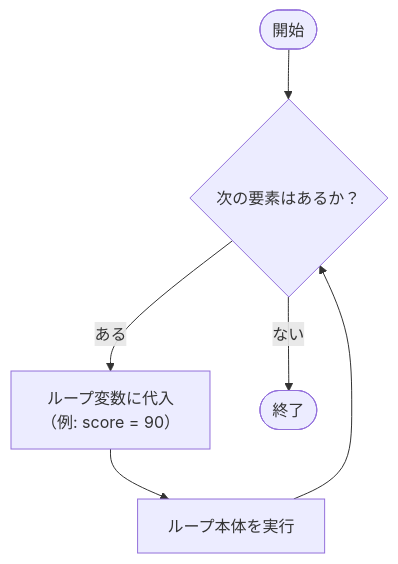
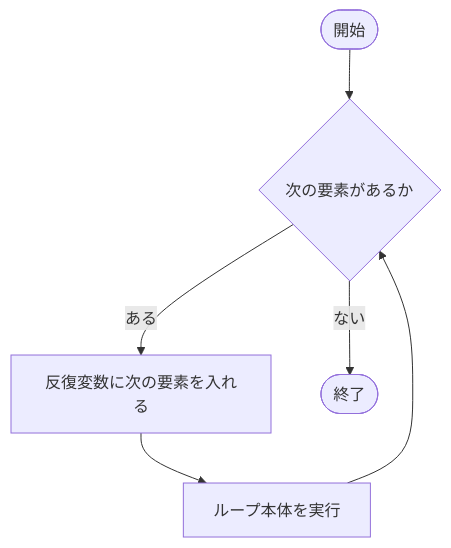
The diagram in docs/csharp/arrays-and-foreach/index.md (LeonAkasaka/unity-csharp-learning), drawn with Mermaid before and after one commit. The commit also changed other lines of this file and 13 other files, not shown here.

````diff
--- a/docs/csharp/arrays-and-foreach/index.md
+++ b/docs/csharp/arrays-and-foreach/index.md
@@ -44,8 +46,8 @@
 ```mermaid
 flowchart TD
-    A([開始]) --> B{次の要素はあるか？}
-    B -- ある --> C["ループ変数に代入<br/>（例: score = 90）"]
-    C --> D[ループ本体を実行]
+    A([開始]) --> B{"次の要素があるか"}
+    B -- ある --> C["反復変数に次の要素を入れる"]
+    C --> D["ループ本体を実行"]
     D --> B
     B -- ない --> E([終了])
 ```
````
